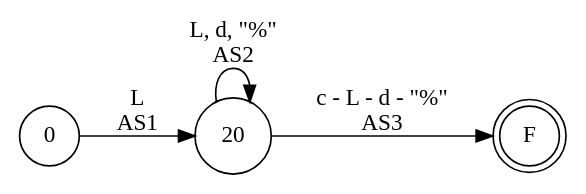
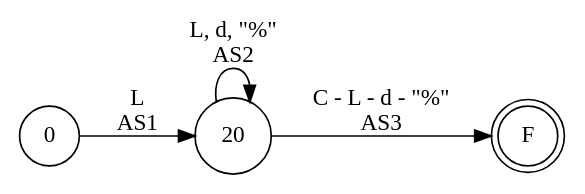
Before and after one commit to iroumec/RouVel-Compiler: the diagram in resources/FA/FADiagrams/identifier.dot, drawn with Graphviz. The commit also changed 10 other files, not shown here.

```diff
--- a/resources/FA/FADiagrams/identifier.dot
+++ b/resources/FA/FADiagrams/identifier.dot
@@ -1,9 +1,9 @@
 digraph DFA {
     rankdir = LR;
     node [shape = circle;];
     F [shape = doublecircle;];
     
     0 -> 20 [label = "L \n AS1";];
-    20 -> 20 [label = "L, d, \"%\" \nAS2";];
-    20 -> F [label = "c - L - d - \"%\" \n AS3";];
+    20 -> 20 [label = "L, d, \"%\"\nAS2";];
+    20 -> F [label = "C - L - d - \"%\"\nAS3";];
 }
```
